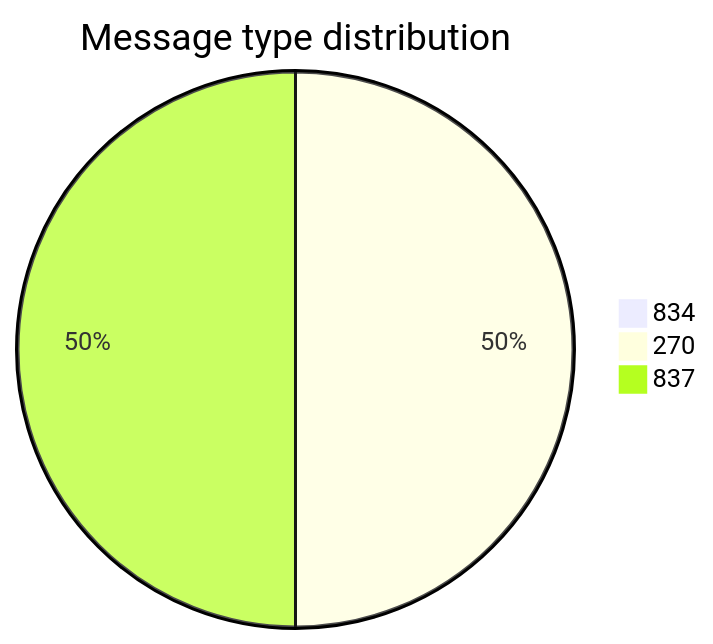
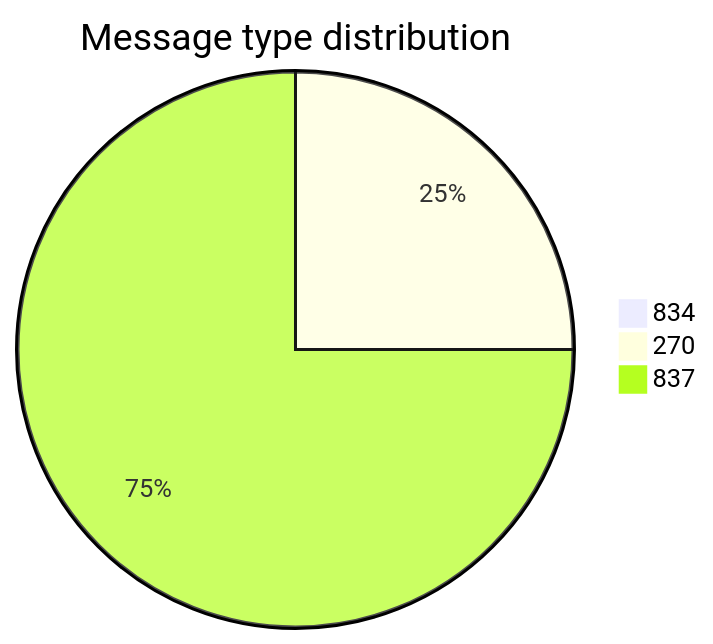
Before and after one commit to dhagan-va/intern-2025: the first of 10 diagrams in test-tools/DataGen/src/Statistics_Visualizer.md, drawn with Mermaid. The commit also changed other lines of this file and 2 other files, not shown here.

````diff
--- a/test-tools/DataGen/src/Statistics_Visualizer.md
+++ b/test-tools/DataGen/src/Statistics_Visualizer.md
@@ -18,6 +18,6 @@
 ```mermaid
 pie title Message type distribution
     "834" : 0
     "270" : 100
-    "837" : 100
+    "837" : 300
 ```
````
